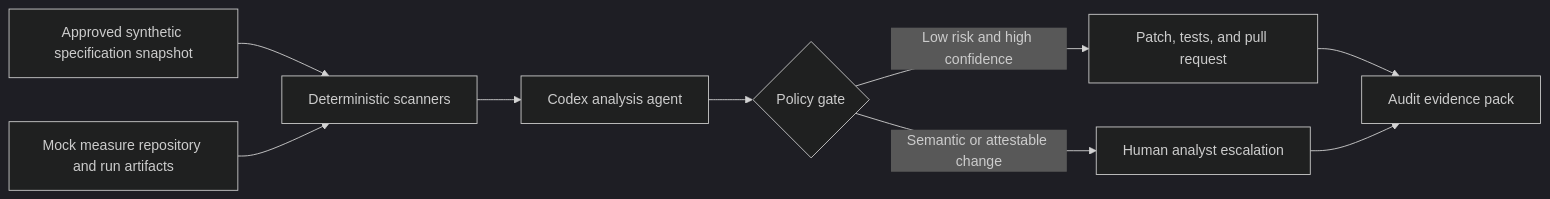
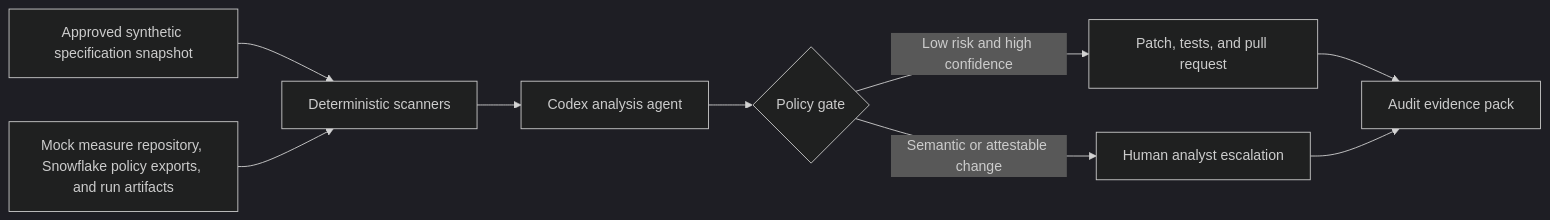
Before and after one commit to vzsundara/QICentinel_OpenAI: the diagram in README.md, drawn with Mermaid (dark theme). The commit also changed other lines of this file and 5 other files, not shown here.

````diff
--- a/README.md
+++ b/README.md
@@ -38,11 +42,11 @@
 ```mermaid
 flowchart LR
     A[Approved synthetic specification snapshot] --> C[Deterministic scanners]
-    B[Mock measure repository and run artifacts] --> C
+    B[Mock measure repository, Snowflake policy exports, and run artifacts] --> C
     C --> D[Codex analysis agent]
     D --> E{Policy gate}
     E -->|Low risk and high confidence| F[Patch, tests, and pull request]
     E -->|Semantic or attestable change| G[Human analyst escalation]
     F --> H[Audit evidence pack]
     G --> H
 ```
````
